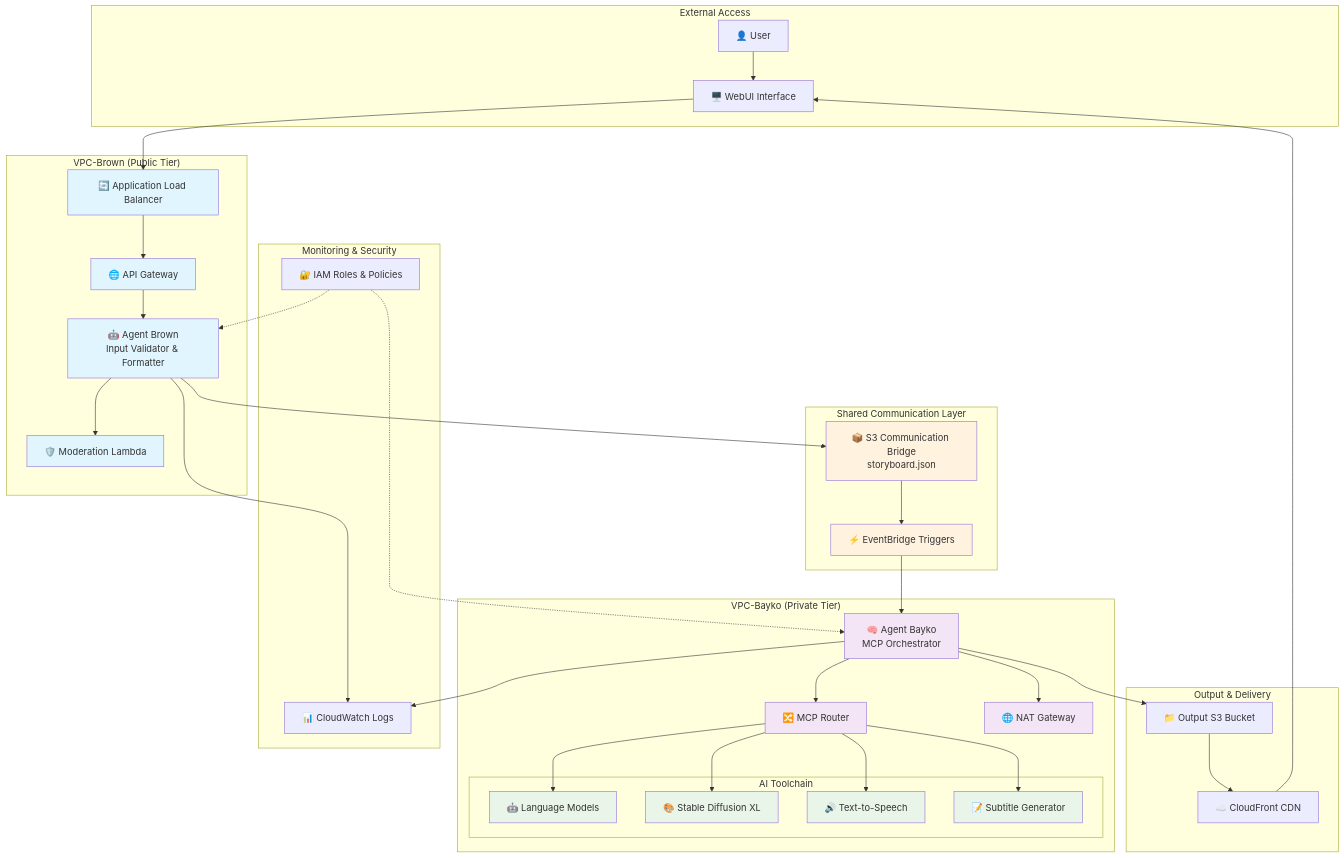
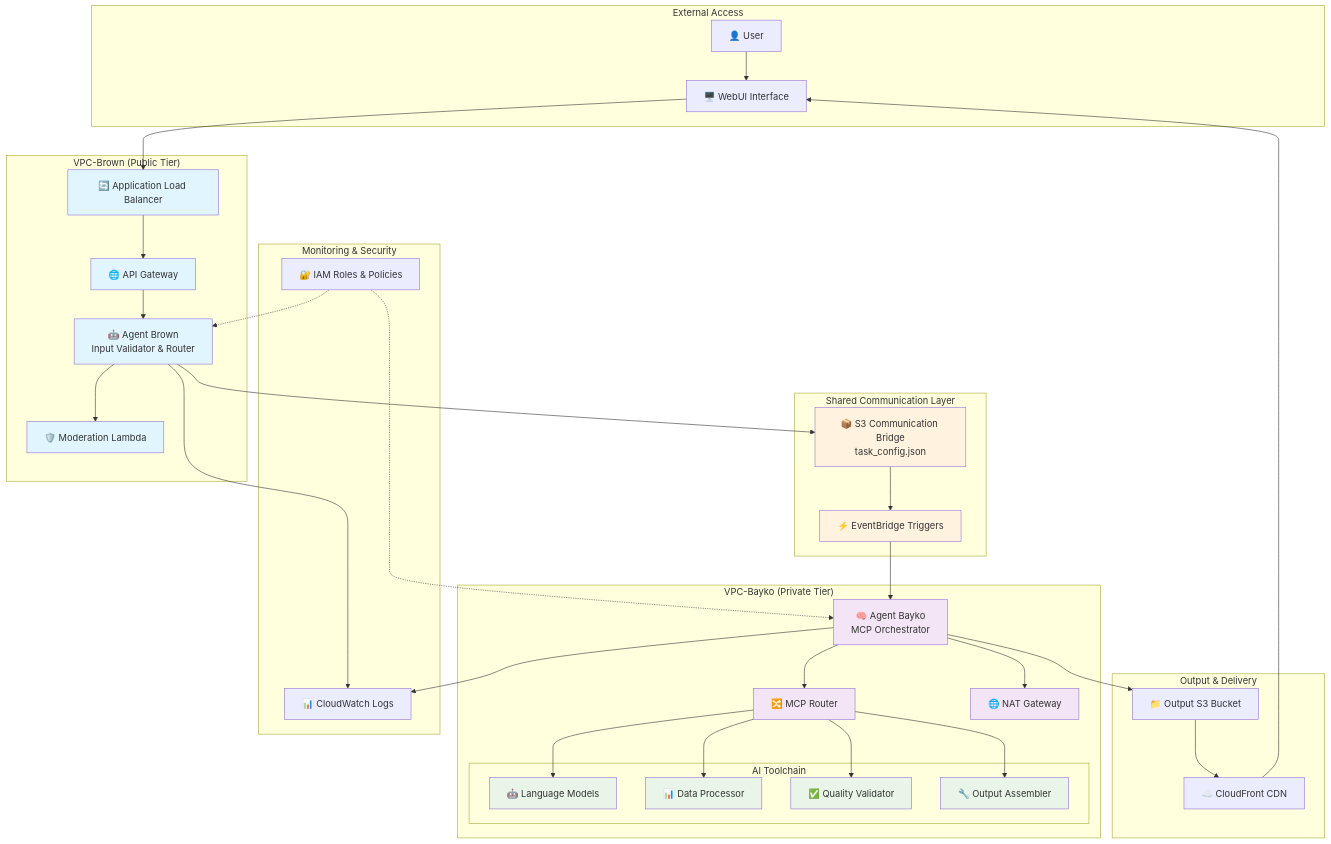
One commit to Ramsi-K/exp-net-fundamentals-2025-Q2 changed the diagram in projects/00-architecture/assets/diagrams/infra.mmd. Above: the diagram before and after it, drawn with Mermaid. The commit also changed 5 other files, not shown here.

Commit message:
docs(diagrams): update all Mermaid diagrams and architecture.md to reflect secure multi-agent system

```diff
--- a/projects/00-architecture/assets/diagrams/infra.mmd
+++ b/projects/00-architecture/assets/diagrams/infra.mmd
@@ -1,82 +1,82 @@
 graph TB
     subgraph "External Access"
         User[👤 User]
         WebUI[🖥️ WebUI Interface]
     end
     
     subgraph "VPC-Brown (Public Tier)" 
         ALB[🔄 Application Load Balancer]
         AGW[🌐 API Gateway]
-        Brown[🤖 Agent Brown<br/>Input Validator & Formatter]
+        Brown[🤖 Agent Brown<br/>Input Validator & Router]
         ModLambda[🛡️ Moderation Lambda]
     end
     
     subgraph "Shared Communication Layer"
-        S3Bridge[📦 S3 Communication Bridge<br/>storyboard.json]
+        S3Bridge[📦 S3 Communication Bridge<br/>task_config.json]
         EventBridge[⚡ EventBridge Triggers]
     end
     
     subgraph "VPC-Bayko (Private Tier)"
         Bayko[🧠 Agent Bayko<br/>MCP Orchestrator]
         MCPRouter[🔀 MCP Router]
         
         subgraph "AI Toolchain"
             LLM[🤖 Language Models]
-            SDXL[🎨 Stable Diffusion XL]
-            TTS[🔊 Text-to-Speech]
-            Subtitler[📝 Subtitle Generator]
+            DataProcessor[📊 Data Processor]
+            Validator[✅ Quality Validator]
+            Assembler[🔧 Output Assembler]
         end
         
         NAT[🌐 NAT Gateway]
     end
     
     subgraph "Output & Delivery"
         OutputS3[📁 Output S3 Bucket]
         CloudFront[☁️ CloudFront CDN]
     end
     
     subgraph "Monitoring & Security"
         CloudWatch[📊 CloudWatch Logs]
         IAM[🔐 IAM Roles & Policies]
     end
     
     %% External Flow
     User --> WebUI
     WebUI --> ALB
     ALB --> AGW
     AGW --> Brown
     
     %% Cross-VPC Communication
     Brown --> S3Bridge
     Brown --> ModLambda
     S3Bridge --> EventBridge
     EventBridge --> Bayko
     
     %% Internal Bayko Processing
     Bayko --> MCPRouter
     MCPRouter --> LLM
-    MCPRouter --> SDXL
-    MCPRouter --> TTS
-    MCPRouter --> Subtitler
+    MCPRouter --> DataProcessor
+    MCPRouter --> Validator
+    MCPRouter --> Assembler
     
     %% Output Flow
     Bayko --> OutputS3
     OutputS3 --> CloudFront
     CloudFront --> WebUI
     
     %% Network & Security
     Bayko --> NAT
     Brown --> CloudWatch
     Bayko --> CloudWatch
     IAM -.-> Brown
     IAM -.-> Bayko
     
     classDef publicTier fill:#e1f5fe
     classDef privateTier fill:#f3e5f5
     classDef sharedLayer fill:#fff3e0
     classDef aiTools fill:#e8f5e8
     
     class ALB,AGW,Brown,ModLambda publicTier
     class Bayko,MCPRouter,NAT privateTier
     class S3Bridge,EventBridge sharedLayer
-    class LLM,SDXL,TTS,Subtitler aiTools
+    class LLM,DataProcessor,Validator,Assembler aiTools
```
